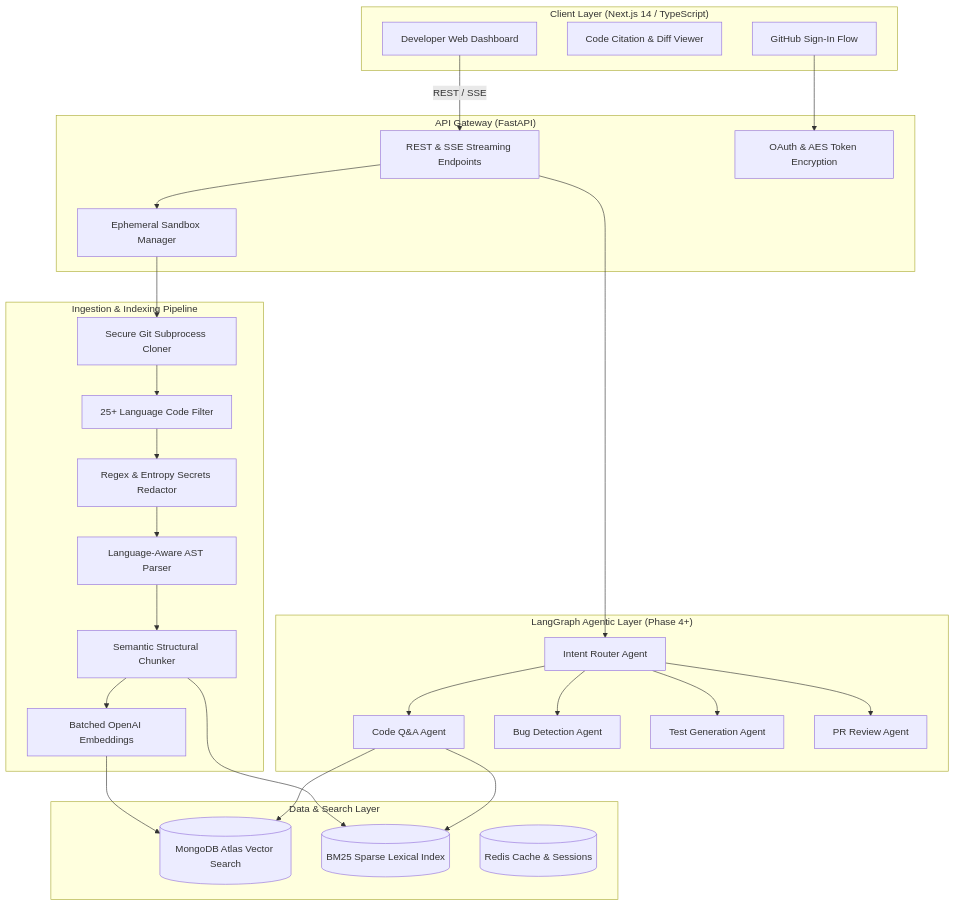
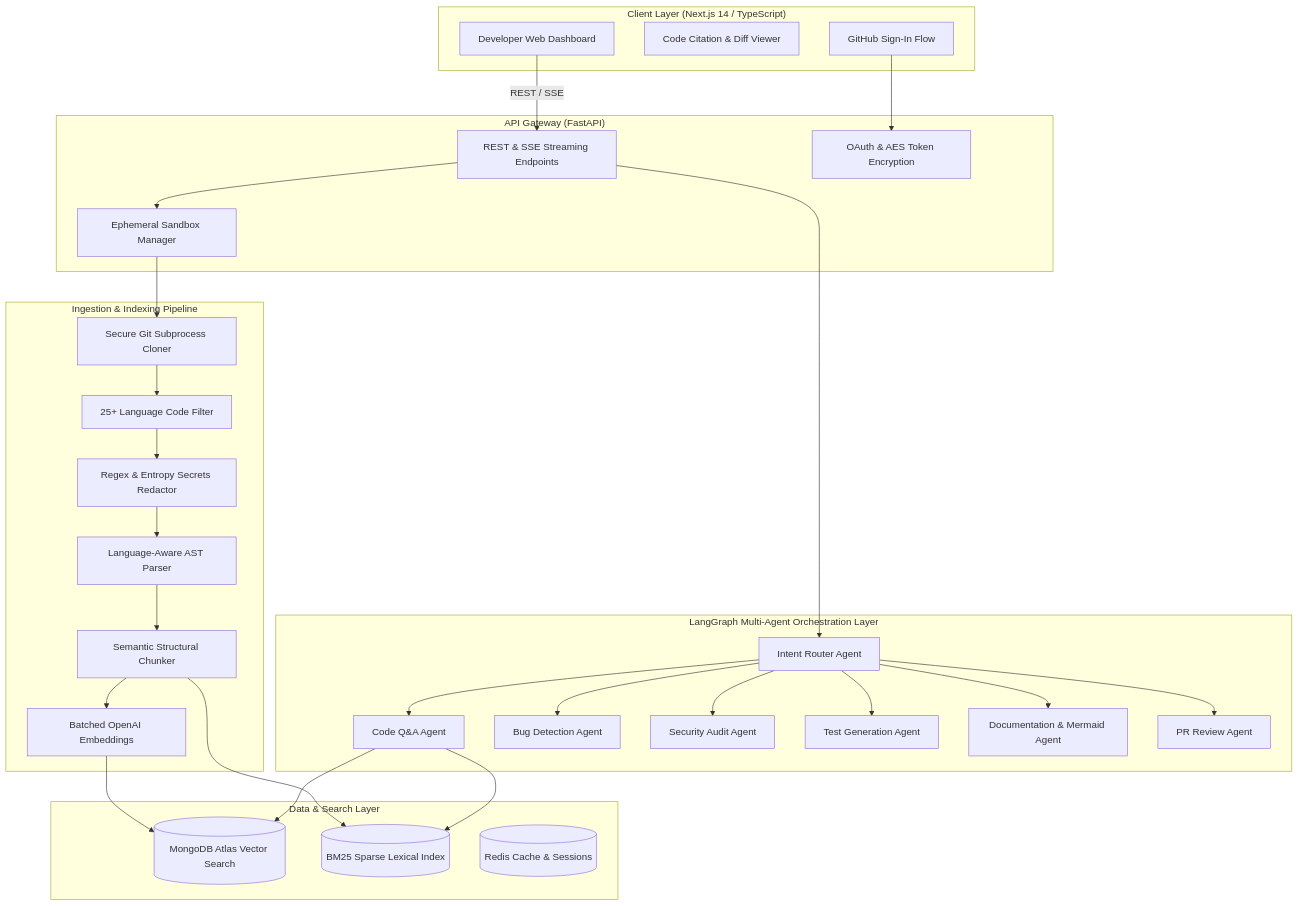
One commit to AnshulKanodia/DevMind-AI-Engineering-Copilot changed the diagram in README.md. Above: the diagram before and after it, drawn with Mermaid. The commit also changed other lines of this file and 3 other files, not shown here.

````diff
--- a/README.md
+++ b/README.md
@@ -28,53 +29,55 @@
 ```mermaid
 flowchart TD
     subgraph Client ["Client Layer (Next.js 14 / TypeScript)"]
         UI[Developer Web Dashboard]
         DiffView[Code Citation & Diff Viewer]
         OAuthUI[GitHub Sign-In Flow]
     end
 
     subgraph API ["API Gateway (FastAPI)"]
         Router[REST & SSE Streaming Endpoints]
         AuthSvc[OAuth & AES Token Encryption]
         SandboxMgr[Ephemeral Sandbox Manager]
     end
 
     subgraph IngestionPipeline ["Ingestion & Indexing Pipeline"]
         GitCloner[Secure Git Subprocess Cloner]
         FileFilter[25+ Language Code Filter]
         SecretSanitizer[Regex & Entropy Secrets Redactor]
         ASTParser[Language-Aware AST Parser]
         Chunker[Semantic Structural Chunker]
         Embeddings[Batched OpenAI Embeddings]
     end
 
     subgraph DataLayer ["Data & Search Layer"]
         AtlasVector[(MongoDB Atlas Vector Search)]
         BM25Index[(BM25 Sparse Lexical Index)]
         RedisCache[(Redis Cache & Sessions)]
     end
 
-    subgraph Agents ["LangGraph Agentic Layer (Phase 4+)"]
+    subgraph Agents ["LangGraph Multi-Agent Orchestration Layer"]
         RouterAgent[Intent Router Agent]
         QAAgent[Code Q&A Agent]
         BugAgent[Bug Detection Agent]
+        SecAgent[Security Audit Agent]
         TestAgent[Test Generation Agent]
+        DocAgent[Documentation & Mermaid Agent]
         PRAgent[PR Review Agent]
     end
 
     UI -->|REST / SSE| Router
     OAuthUI --> AuthSvc
     Router --> SandboxMgr
     SandboxMgr --> GitCloner
     GitCloner --> FileFilter
     FileFilter --> SecretSanitizer
     SecretSanitizer --> ASTParser
     ASTParser --> Chunker
     Chunker --> Embeddings
     Embeddings --> AtlasVector
     Chunker --> BM25Index
 
     Router --> RouterAgent
-    RouterAgent --> QAAgent & BugAgent & TestAgent & PRAgent
+    RouterAgent --> QAAgent & BugAgent & SecAgent & TestAgent & DocAgent & PRAgent
     QAAgent --> AtlasVector & BM25Index
 ```
````
